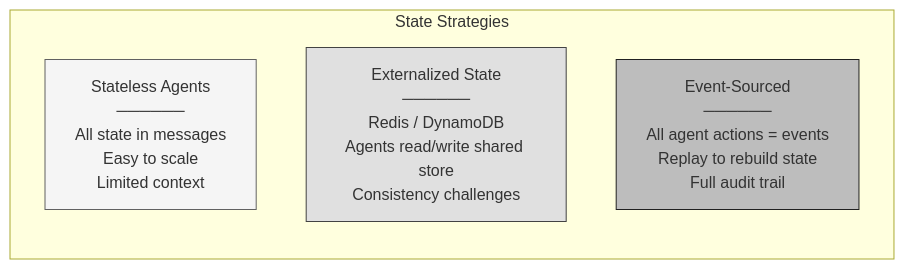
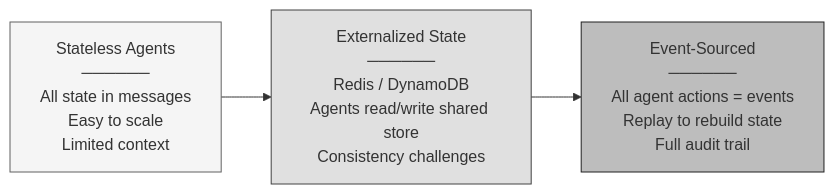
One commit to Shekharrajak/agent-design-patterns changed the fifth of 6 diagrams in docs/posts/06-multi-agent-system-architecture.md. Above: the diagram before and after it, drawn with Mermaid. The commit also changed other lines of this file and 7 other files, not shown here.

Commit message:
fix: resolve Mermaid rendering issues across all chapters

````diff
--- a/docs/posts/06-multi-agent-system-architecture.md
+++ b/docs/posts/06-multi-agent-system-architecture.md
@@ -142,15 +133,8 @@
 ```mermaid
 graph LR
-    subgraph OPTIONS["State Strategies"]
-        direction TB
-        STATELESS["Stateless Agents<br/>──────<br/>All state in messages<br/>Easy to scale<br/>Limited context"]
-        
-        EXTERNAL["Externalized State<br/>──────<br/>Redis / DynamoDB<br/>Agents read/write shared store<br/>Consistency challenges"]
-        
-        EVENT_SOURCED["Event-Sourced<br/>──────<br/>All agent actions = events<br/>Replay to rebuild state<br/>Full audit trail"]
-    end
+    STATELESS["Stateless Agents<br/>──────<br/>All state in messages<br/>Easy to scale<br/>Limited context"] --> EXTERNAL["Externalized State<br/>──────<br/>Redis / DynamoDB<br/>Agents read/write shared store<br/>Consistency challenges"] --> EVENT_SOURCED["Event-Sourced<br/>──────<br/>All agent actions = events<br/>Replay to rebuild state<br/>Full audit trail"]
 
     style STATELESS fill:#f5f5f5,stroke:#616161
     style EXTERNAL fill:#e0e0e0,stroke:#424242
     style EVENT_SOURCED fill:#bdbdbd,stroke:#212121
 ```
````
